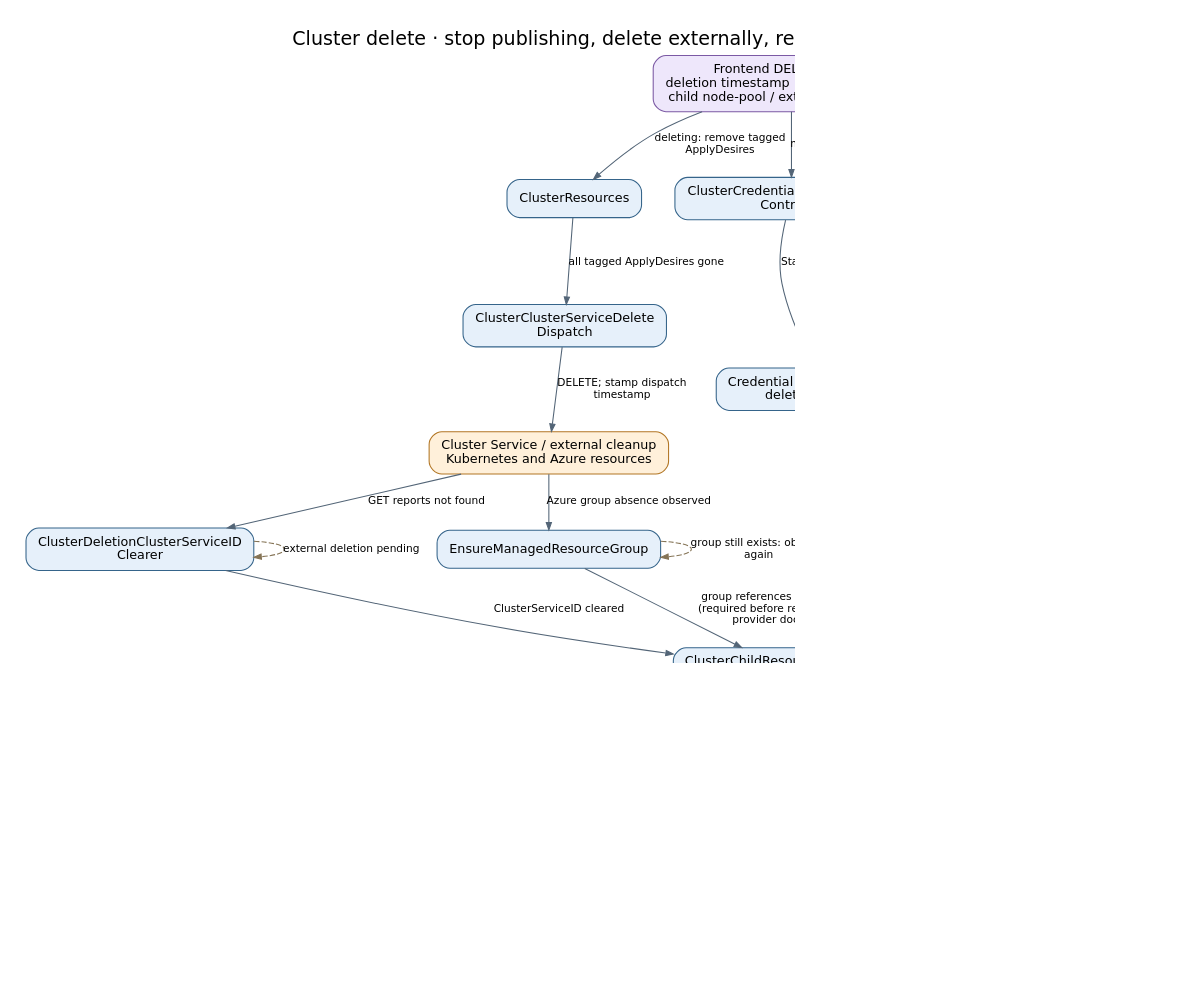
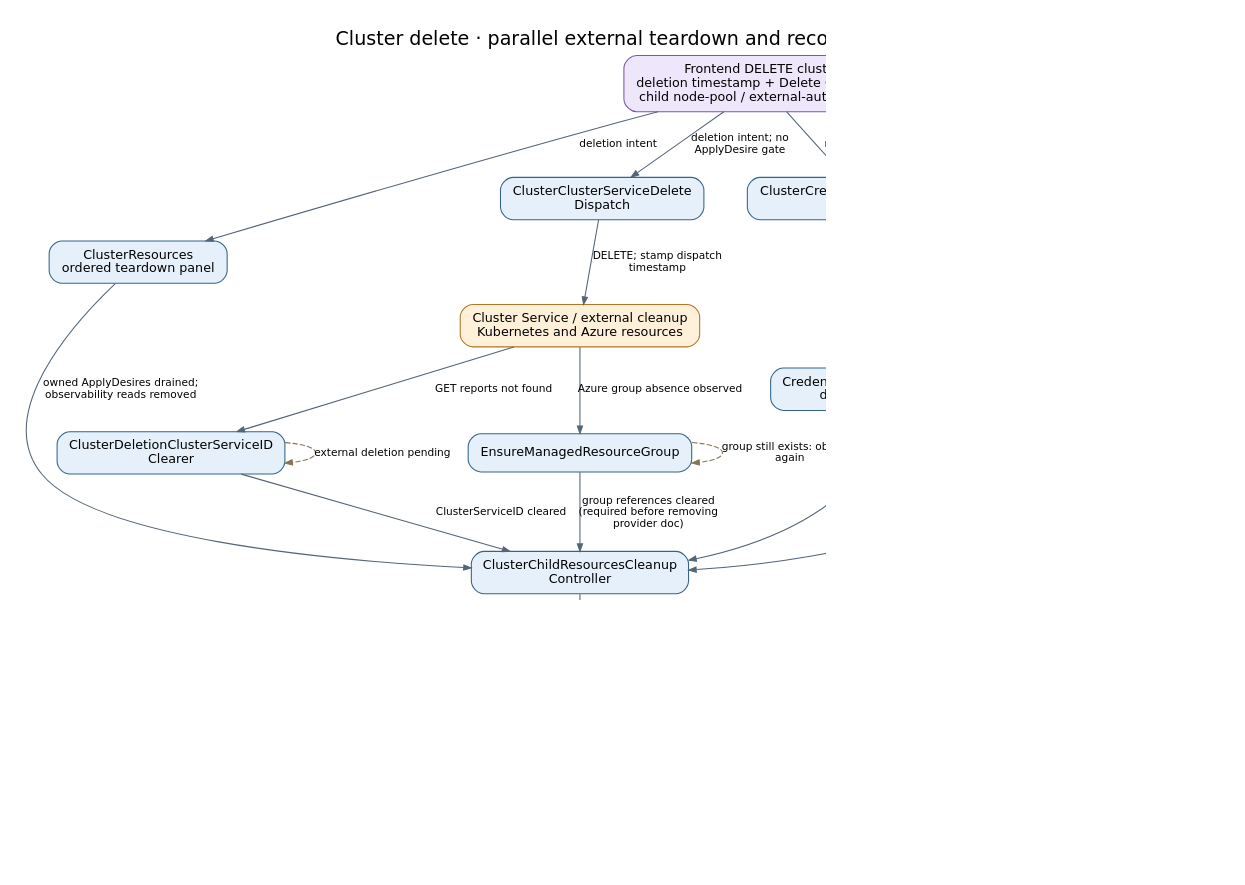
Before and after one commit to Azure/ARO-HCP: the diagram in docs/diagrams/controller-flows/cluster-delete.dot, drawn with Graphviz. The commit also changed 17 other files, not shown here.

Commit message:
docs: refresh controller flows after rebasing on main

```diff
--- a/docs/diagrams/controller-flows/cluster-delete.dot
+++ b/docs/diagrams/controller-flows/cluster-delete.dot
@@ -1,35 +1,36 @@
 digraph cluster_delete {
-  graph [rankdir=TB, bgcolor="white", pad="0.3", nodesep="0.4", ranksep="0.55", fontname="DejaVu Sans", fontsize=18, labelloc=t, label="Cluster delete · stop publishing, delete externally, remove records", dpi=110];
+  graph [rankdir=TB, bgcolor="white", pad="0.3", nodesep="0.4", ranksep="0.55", fontname="DejaVu Sans", fontsize=18, labelloc=t, label="Cluster delete · parallel external teardown and record cleanup", dpi=110];
   node [shape=box, style="rounded,filled", fillcolor="#e6f0fa", color="#35648a", fontname="DejaVu Sans", fontsize=12, margin="0.16,0.10"];
   edge [color="#536577", fontname="DejaVu Sans", fontsize=10, arrowsize=0.7];
   delete [label="Frontend DELETE cluster\ndeletion timestamp + Delete Operation\nchild node-pool / external-auth deletes", fillcolor="#eee7fb", color="#7b59a4"];
-  resources [label="ClusterResources", fillcolor="#e6f0fa", color="#35648a"];
+  resources [label="ClusterResources\nordered teardown panel", fillcolor="#e6f0fa", color="#35648a"];
   dispatch [label="ClusterClusterServiceDelete\nDispatch", fillcolor="#e6f0fa", color="#35648a"];
   cs [label="Cluster Service / external cleanup\nKubernetes and Azure resources", fillcolor="#fff0da", color="#b27624"];
   clear [label="ClusterDeletionClusterServiceID\nClearer", fillcolor="#e6f0fa", color="#35648a"];
   marker [label="ClusterCredentialDeletionMarker\nController", fillcolor="#e6f0fa", color="#35648a"];
   credentials [label="Credential request / revocation\ndeletion controllers", fillcolor="#e6f0fa", color="#35648a"];
   children [label="Node-pool and external-auth\ndeletion flows complete", fillcolor="#e4f2e5", color="#4c8053"];
   group [label="EnsureManagedResourceGroup", fillcolor="#e6f0fa", color="#35648a"];
   cleanup [label="ClusterChildResourcesCleanup\nController", fillcolor="#e6f0fa", color="#35648a"];
   final [label="ClusterDeletionController", fillcolor="#e6f0fa", color="#35648a"];
   op [label="OperationClusterDelete", fillcolor="#e6f0fa", color="#35648a"];
   done [label="ARM Delete Operation Succeeded", fillcolor="#e4f2e5", color="#4c8053"];
-  delete -> resources [label="deleting: remove tagged\nApplyDesires"];
-  resources -> dispatch [label="all tagged ApplyDesires gone"];
+  delete -> resources [label="deletion intent"];
+  delete -> dispatch [label="deletion intent; no\nApplyDesire gate"];
+  resources -> cleanup [label="owned ApplyDesires drained;\nobservability reads removed"];
   dispatch -> cs [label="DELETE; stamp dispatch\ntimestamp"];
   cs -> clear [label="GET reports not found"];
   delete -> marker [label="mark credential children"];
   marker -> credentials [label="Status.DeletionTimestamp"];
   delete -> children [label="child delete operations"];
   cs -> group [label="Azure group absence observed"];
   clear -> cleanup [label="ClusterServiceID cleared"];
   credentials -> cleanup [label="all credential documents gone"];
   children -> cleanup [label="all node pools / external auth\ngone"];
   group -> cleanup [label="group references cleared\n(required before removing\nprovider doc)"];
   cleanup -> final [label="nested resources and intents\ngone"];
   final -> op [label="billing DeletionTime; cluster\ndoc deleted"];
   op -> done [label="document absence observed"];
   clear -> clear [label="external deletion pending", style=dashed, color="#857456", constraint=false];
   group -> group [label="group still exists: observe\nagain", style=dashed, color="#857456", constraint=false];
 }
```
